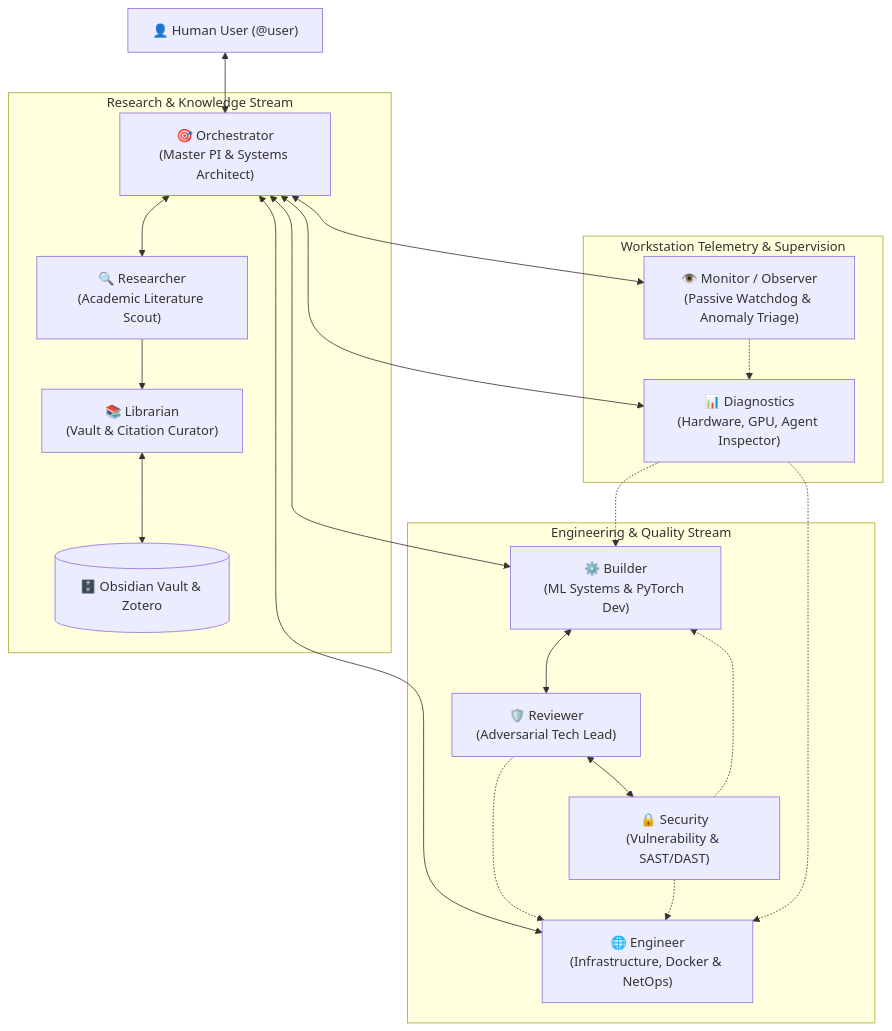
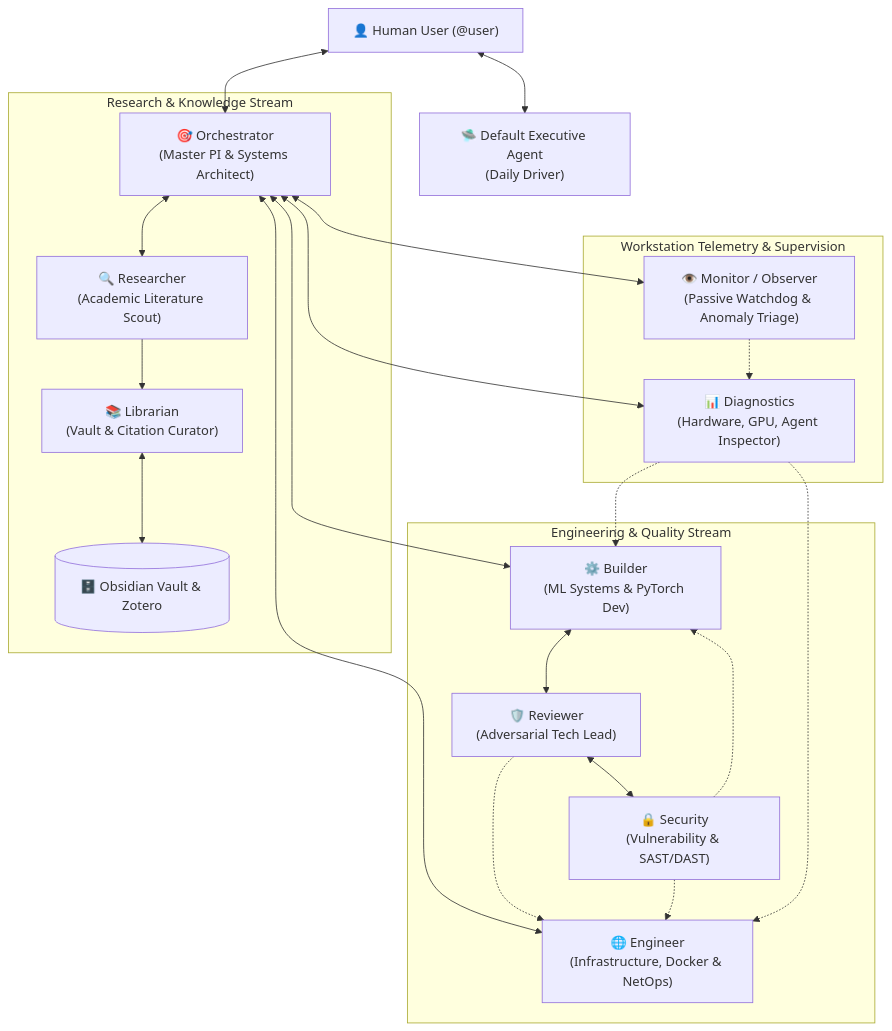
The diagram in README.md (rafifmalikdzaki/hermes-agent-bot-mode-starter), drawn with Mermaid before and after one commit. The commit also changed other lines of this file, not shown here.

````diff
--- a/README.md
+++ b/README.md
@@ -13,28 +13,29 @@
 ```mermaid
 graph TD
-    User["👤 Human User (@user)"] <--> Orch["🎯 Orchestrator<br/>(Master PI & Systems Architect)"]
+    User["👤 Human User (@user)"] <--> Def["🛸 Default Executive Agent<br/>(Daily Driver)"]
+    User <--> Orch["🎯 Orchestrator<br/>(Master PI & Systems Architect)"]
     
     subgraph "Research & Knowledge Stream"
         Orch <--> Res["🔍 Researcher<br/>(Academic Literature Scout)"]
         Res --> Lib["📚 Librarian<br/>(Vault & Citation Curator)"]
         Lib <--> Vault[("🗄️ Obsidian Vault & Zotero")]
     end
     
     subgraph "Engineering & Quality Stream"
         Orch <--> Bld["⚙️ Builder<br/>(ML Systems & PyTorch Dev)"]
         Bld <--> Rev["🛡️ Reviewer<br/>(Adversarial Tech Lead)"]
         Orch <--> Eng["🌐 Engineer<br/>(Infrastructure, Docker & NetOps)"]
         Rev -.-> Eng
         Rev <--> Sec["🔒 Security<br/>(Vulnerability & SAST/DAST)"]
         Sec -.-> Eng
         Sec -.-> Bld
     end
     
     subgraph "Workstation Telemetry & Supervision"
         Orch <--> Diag["📊 Diagnostics<br/>(Hardware, GPU, Agent Inspector)"]
         Diag -.-> Bld
         Diag -.-> Eng
         Orch <--> Mon["👁️ Monitor / Observer<br/>(Passive Watchdog & Anomaly Triage)"]
         Mon -.-> Diag
     end
 ```
````
